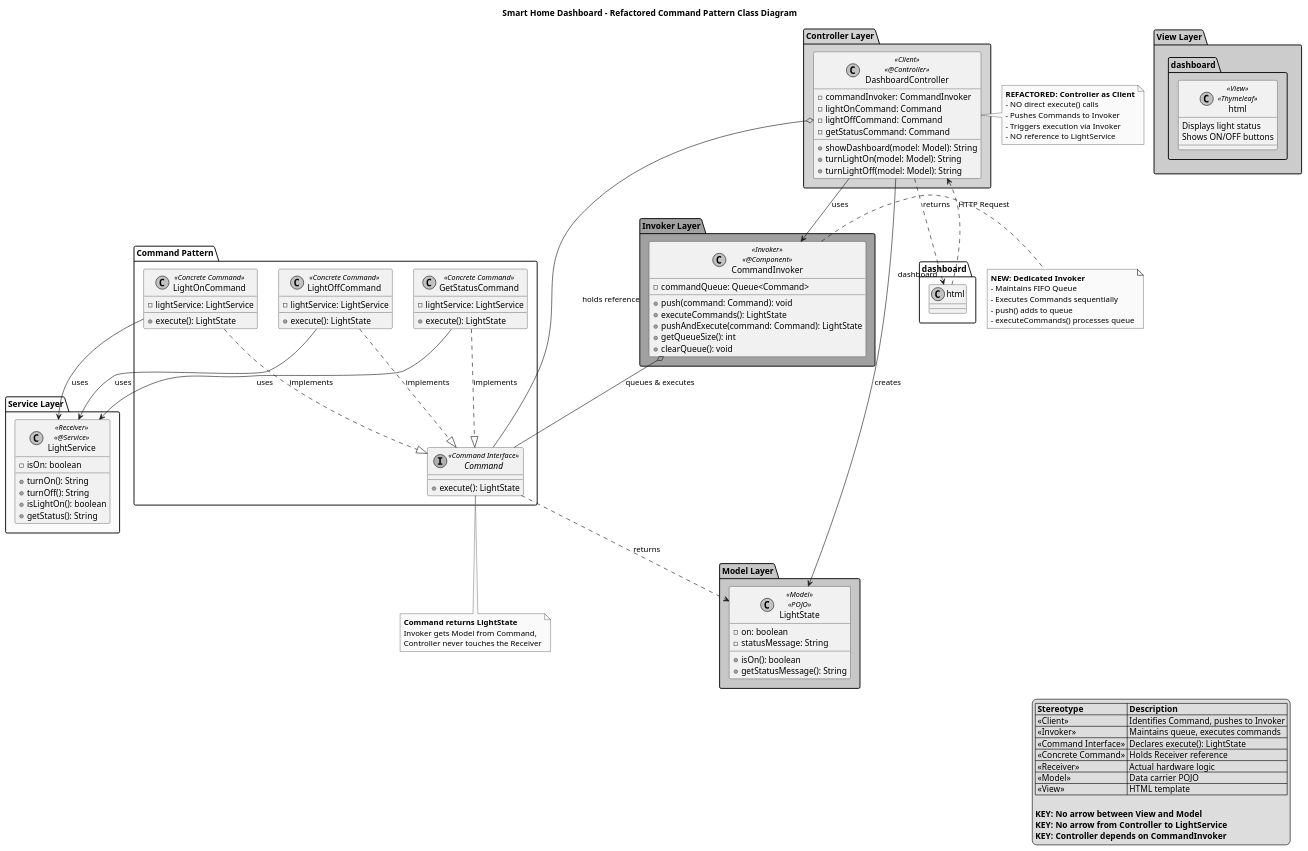
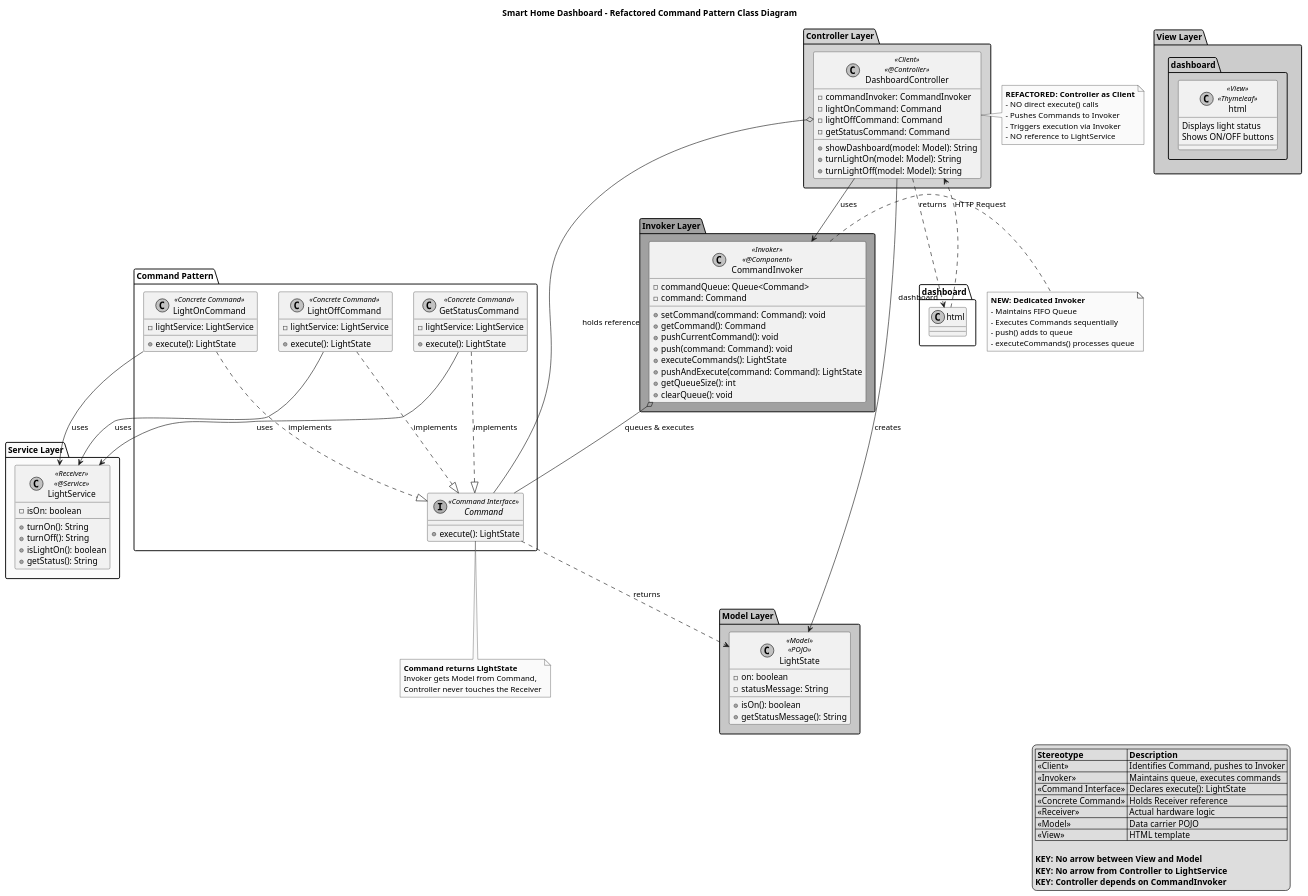
Before and after one commit to Mostafa-abozead/commandpattern-MVC-: the first of 2 diagrams in docs/COMMAND_PATTERN.md, drawn with PlantUML. The commit also changed other lines of this file and 4 other files, not shown here.

Commit message:
Add setCommand() method to CommandInvoker for setting command before pushing

```diff
--- a/docs/COMMAND_PATTERN.md
+++ b/docs/COMMAND_PATTERN.md
@@ -98,6 +98,10 @@
 package "Invoker Layer" #LightCoral {
     class CommandInvoker <<Invoker>> <<@Component>> {
         -commandQueue: Queue<Command>
+        -command: Command
+        +setCommand(command: Command): void
+        +getCommand(): Command
+        +pushCurrentCommand(): void
         +push(command: Command): void
         +executeCommands(): LightState
         +pushAndExecute(command: Command): LightState
```
